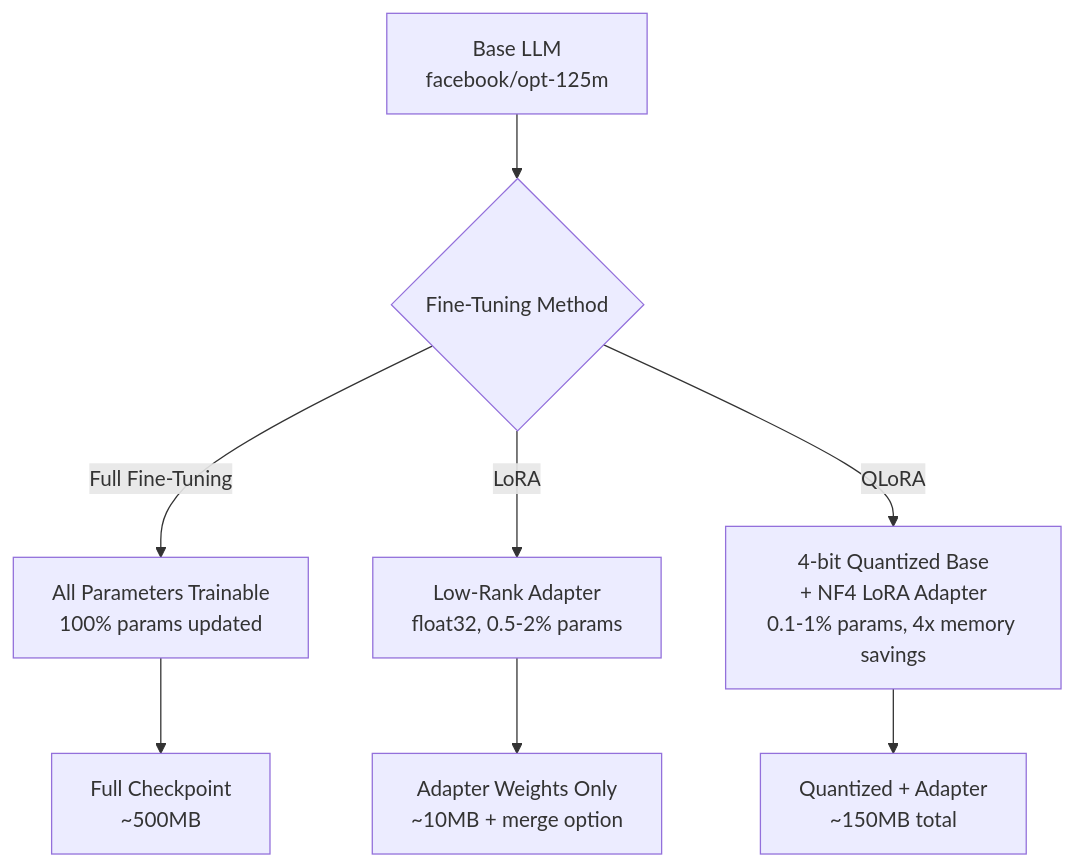
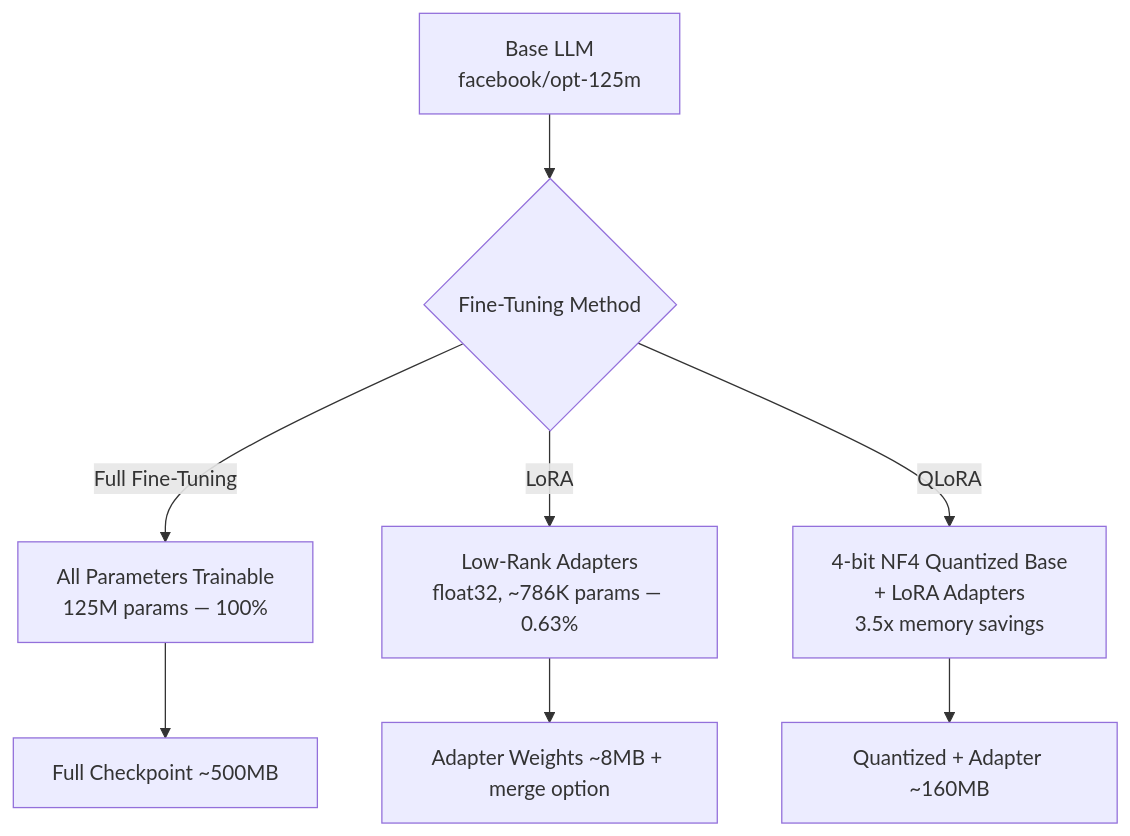
Before and after one commit to sarihammad/TuneIt: the first of 2 diagrams in README.md, drawn with Mermaid. The commit also changed other lines of this file, not shown here.

````diff
--- a/README.md
+++ b/README.md
@@ -17,10 +19,10 @@
 ```mermaid
 graph TD
     A[Base LLM\nfacebook/opt-125m] --> B{Fine-Tuning Method}
-    B -->|Full Fine-Tuning| C[All Parameters Trainable\n100% params updated]
-    B -->|LoRA| D[Low-Rank Adapter\nfloat32, 0.5-2% params]
-    B -->|QLoRA| E[4-bit Quantized Base\n+ NF4 LoRA Adapter\n0.1-1% params, 4x memory savings]
-    C --> F[Full Checkpoint\n~500MB]
-    D --> G[Adapter Weights Only\n~10MB + merge option]
-    E --> H[Quantized + Adapter\n~150MB total]
+    B -->|Full Fine-Tuning| C[All Parameters Trainable\n125M params — 100%]
+    B -->|LoRA| D[Low-Rank Adapters\nfloat32, ~786K params — 0.63%]
+    B -->|QLoRA| E[4-bit NF4 Quantized Base\n+ LoRA Adapters\n3.5x memory savings]
+    C --> F[Full Checkpoint ~500MB]
+    D --> G[Adapter Weights ~8MB + merge option]
+    E --> H[Quantized + Adapter ~160MB]
 ```
````
